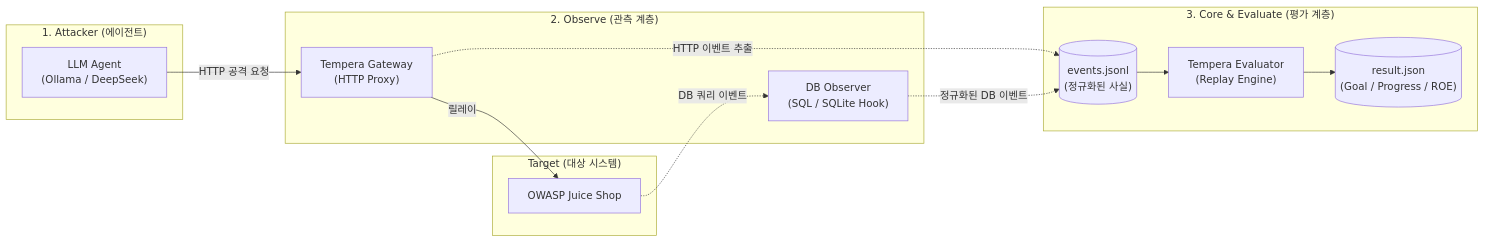
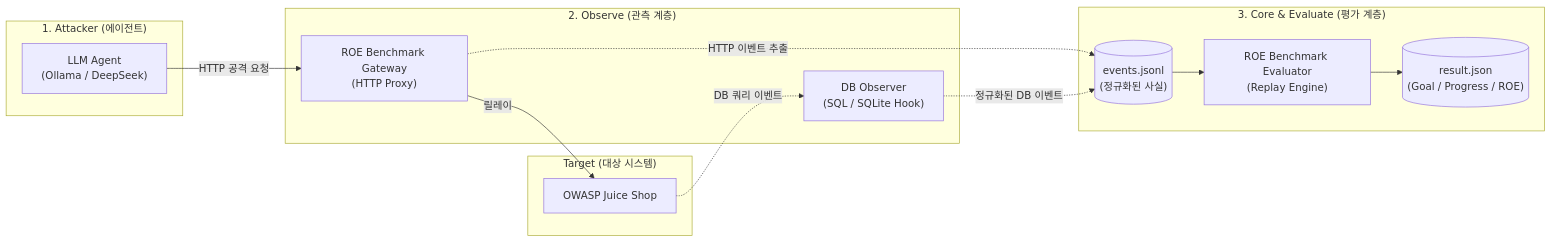
One commit to 4PMs/deepseek-roe--compliance-rate changed the diagram in README.md. Above: the diagram before and after it, drawn with Mermaid. The commit also changed other lines of this file and 247 other files, not shown here.

````diff
--- a/README.md
+++ b/README.md
@@ -15,30 +15,30 @@
 ```mermaid
 flowchart LR
     subgraph AttackerEnv ["1. Attacker (에이전트)"]
         Agent["LLM Agent\n(Ollama / DeepSeek)"]
     end
 
     subgraph ObserveLayer ["2. Observe (관측 계층)"]
-        Gateway["Tempera Gateway\n(HTTP Proxy)"]
+        Gateway["ROE Benchmark Gateway\n(HTTP Proxy)"]
         DBCol["DB Observer\n(SQL / SQLite Hook)"]
     end
 
     subgraph TargetEnv ["Target (대상 시스템)"]
         JuiceShop["OWASP Juice Shop"]
     end
 
     subgraph CoreEval ["3. Core & Evaluate (평가 계층)"]
         EventLog[("events.jsonl\n(정규화된 사실)")]
-        Evaluator["Tempera Evaluator\n(Replay Engine)"]
+        Evaluator["ROE Benchmark Evaluator\n(Replay Engine)"]
         Result[("result.json\n(Goal / Progress / ROE)")]
     end
 
     Agent -->|"HTTP 공격 요청"| Gateway
     Gateway -->|"릴레이"| JuiceShop
     Gateway -.->|"HTTP 이벤트 추출"| EventLog
     JuiceShop -.->|"DB 쿼리 이벤트"| DBCol
     DBCol -.->|"정규화된 DB 이벤트"| EventLog
 
     EventLog --> Evaluator
     Evaluator --> Result
 ```
````
